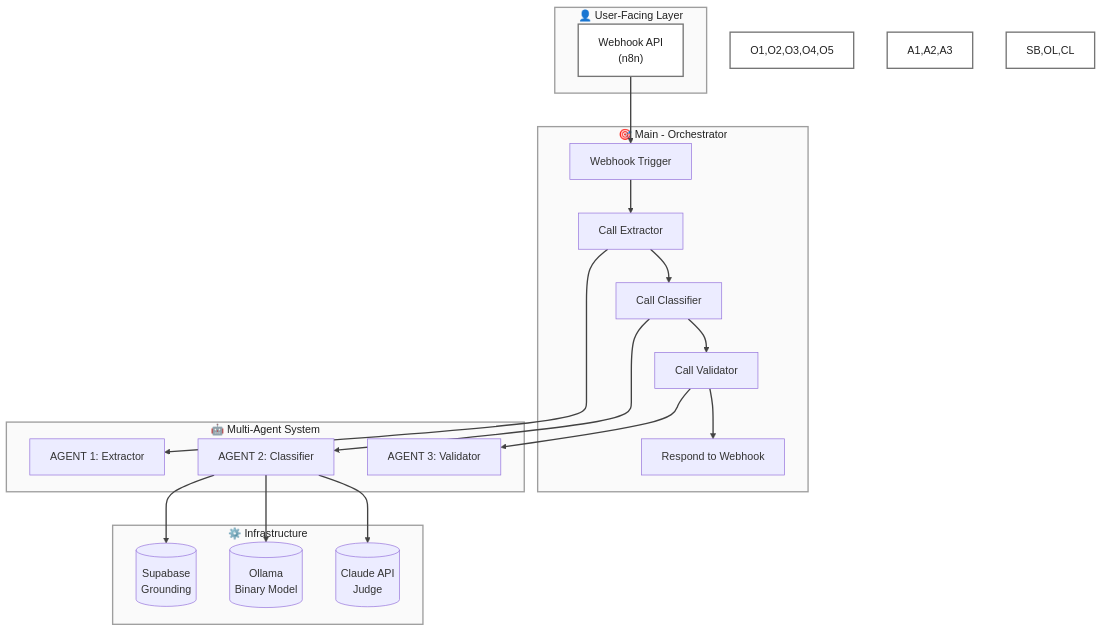
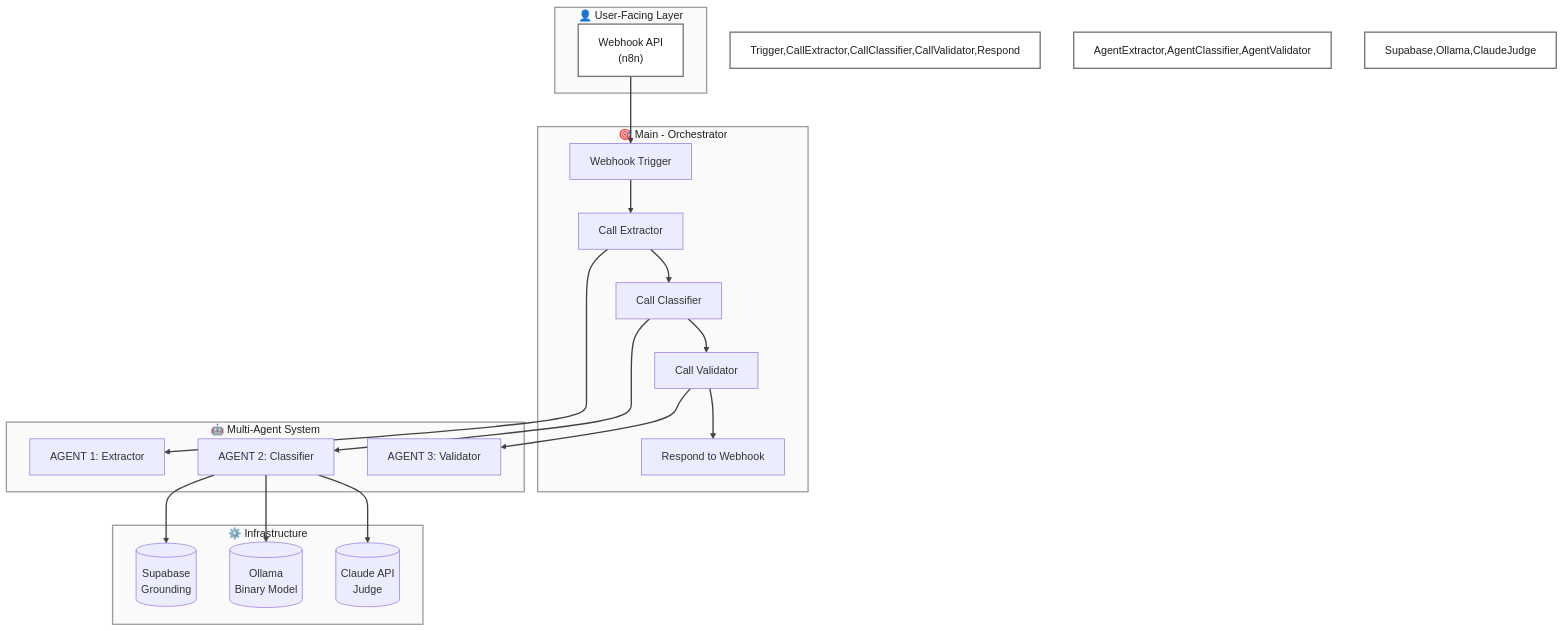
One commit to shivoymalhotra9-wq/Agentic-AI-Cyber-App changed the first of 3 diagrams in README.md. Above: the diagram before and after it, drawn with Mermaid.

Commit message:
Refactor Mermaid diagram elements in README

````diff
--- a/README.md
+++ b/README.md
@@ -109,46 +109,46 @@
 ```mermaid
 flowchart TB
     subgraph USER["👤 User-Facing Layer"]
-        WH["Webhook API<br/>(n8n)"]
+        WebhookAPI["Webhook API<br/>(n8n)"]
     end
 
     subgraph ORCH["🎯 Main - Orchestrator"]
-        O1["Webhook Trigger"]
-        O2["Call Extractor"]
-        O3["Call Classifier"]
-        O4["Call Validator"]
-        O5["Respond to Webhook"]
-        O1 --> O2 --> O3 --> O4 --> O5
+        Trigger["Webhook Trigger"]
+        CallExtractor["Call Extractor"]
+        CallClassifier["Call Classifier"]
+        CallValidator["Call Validator"]
+        Respond["Respond to Webhook"]
+        Trigger --> CallExtractor --> CallClassifier --> CallValidator --> Respond
     end
 
     subgraph AGENTS["🤖 Multi-Agent System"]
-        A1["AGENT 1: Extractor"]
-        A2["AGENT 2: Classifier"]
-        A3["AGENT 3: Validator"]
+        AgentExtractor["AGENT 1: Extractor"]
+        AgentClassifier["AGENT 2: Classifier"]
+        AgentValidator["AGENT 3: Validator"]
     end
 
     subgraph INFRA["⚙️ Infrastructure"]
-        SB[("Supabase<br/>Grounding")]
-        OL[("Ollama<br/>Binary Model")]
-        CL[("Claude API<br/>Judge")]
+        Supabase[("Supabase<br/>Grounding")]
+        Ollama[("Ollama<br/>Binary Model")]
+        ClaudeJudge[("Claude API<br/>Judge")]
     end
 
-    WH --> O1
-    O2 --> A1
-    O3 --> A2
-    O4 --> A3
-    A2 --> SB
-    A2 --> OL
-    A2 --> CL
+    WebhookAPI --> Trigger
+    CallExtractor --> AgentExtractor
+    CallClassifier --> AgentClassifier
+    CallValidator --> AgentValidator
+    AgentClassifier --> Supabase
+    AgentClassifier --> Ollama
+    AgentClassifier --> ClaudeJudge
 
     linkStyle default stroke:#424242,stroke-width:2px
 
     style USER fill:#fafafa,stroke:#9e9e9e,stroke-width:2px,color:#212121
     style ORCH fill:#fafafa,stroke:#9e9e9e,stroke-width:2px,color:#212121
     style AGENTS fill:#fafafa,stroke:#9e9e9e,stroke-width:2px,color:#212121
     style INFRA fill:#fafafa,stroke:#9e9e9e,stroke-width:2px,color:#212121
-    style WH fill:#ffffff,stroke:#757575,stroke-width:2px,color:#212121
-    style O1,O2,O3,O4,O5 fill:#ffffff,stroke:#757575,stroke-width:2px,color:#212121
-    style A1,A2,A3 fill:#ffffff,stroke:#757575,stroke-width:2px,color:#212121
-    style SB,OL,CL fill:#ffffff,stroke:#757575,stroke-width:2px,color:#212121
+    style WebhookAPI fill:#ffffff,stroke:#757575,stroke-width:2px,color:#212121
+    style Trigger,CallExtractor,CallClassifier,CallValidator,Respond fill:#ffffff,stroke:#757575,stroke-width:2px,color:#212121
+    style AgentExtractor,AgentClassifier,AgentValidator fill:#ffffff,stroke:#757575,stroke-width:2px,color:#212121
+    style Supabase,Ollama,ClaudeJudge fill:#ffffff,stroke:#757575,stroke-width:2px,color:#212121
 ```
````
